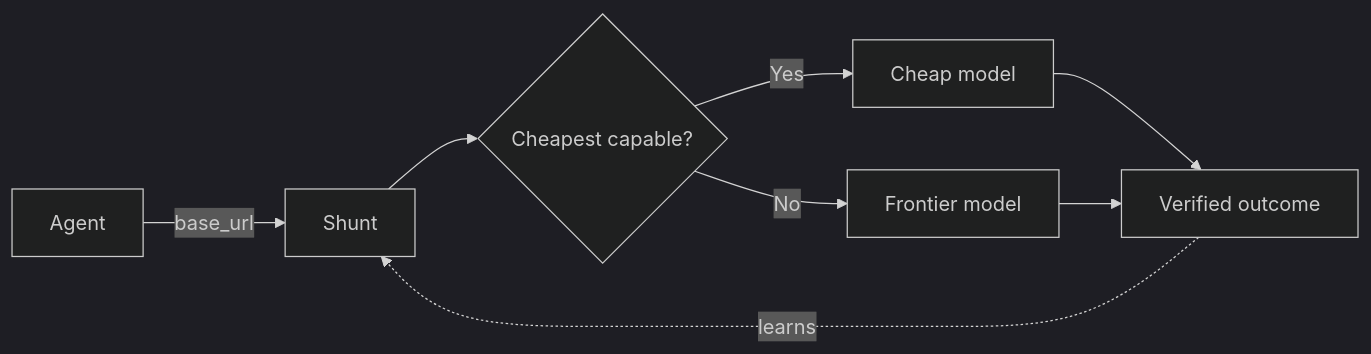
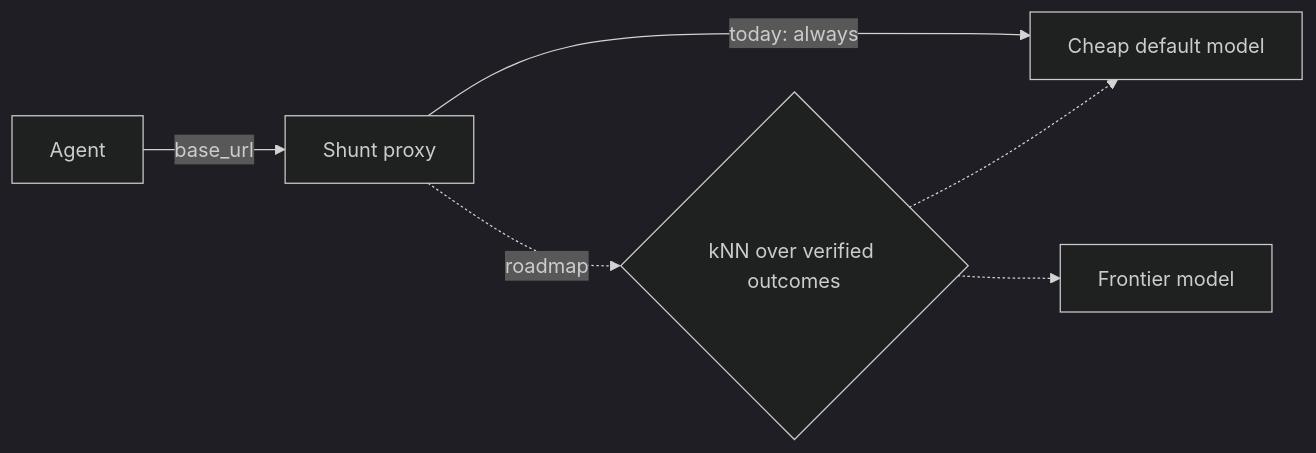
Before and after one commit to KookaS/shunt: the diagram in docs/index.md, drawn with Mermaid (dark theme). The commit also changed other lines of this file and 20 other files, not shown here.

````diff
--- a/docs/index.md
+++ b/docs/index.md
@@ -12,10 +15,8 @@
 ```mermaid
 graph LR
-  A[Agent] -->|base_url| B[Shunt]
-  B --> C{Cheapest capable?}
-  C -->|Yes| D[Cheap model]
-  C -->|No| E[Frontier model]
-  D --> F[Verified outcome]
-  E --> F
-  F -.->|learns| B
+  A[Agent] -->|base_url| B[Shunt proxy]
+  B -->|today: always| D[Cheap default model]
+  B -.->|roadmap| C{kNN over verified outcomes}
+  C -.-> D
+  C -.-> E[Frontier model]
 ```
````
